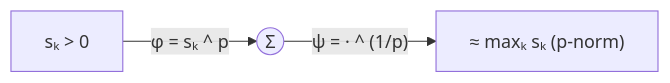
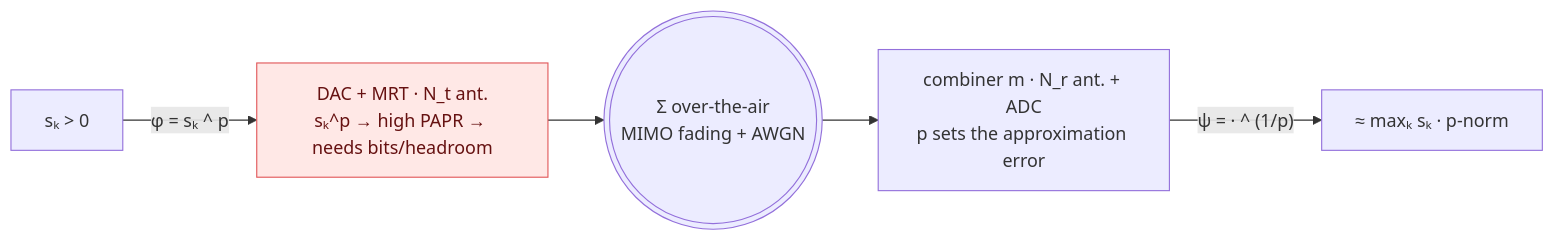
Before and after one commit to wincle626/OverAirCompute: diagram 12 of 13 in README.md, drawn with Mermaid. The commit also changed other lines of this file, not shown here.

````diff
--- a/README.md
+++ b/README.md
@@ -311,4 +364,9 @@
 ```mermaid
 flowchart LR
-    a["sₖ > 0"] -->|"φ = sₖ ^ p"| S(("Σ")) -->|"ψ = · ^ (1/p)"| r["≈ maxₖ sₖ  (p-norm)"]
+    s["sₖ > 0"] -->|"φ = sₖ ^ p"| tx["DAC + MRT · N_t ant.<br/>sₖ^p → high PAPR → needs bits/headroom"]
+    tx --> air((("Σ over-the-air<br/>MIMO fading + AWGN")))
+    air --> rx["combiner m · N_r ant. + ADC<br/>p sets the approximation error"]
+    rx -->|"ψ = · ^ (1/p)"| r["≈ maxₖ sₖ  ·  p-norm"]
+    classDef hot fill:#ffe8e6,stroke:#E15759,color:#611;
+    class tx hot;
 ```
````
